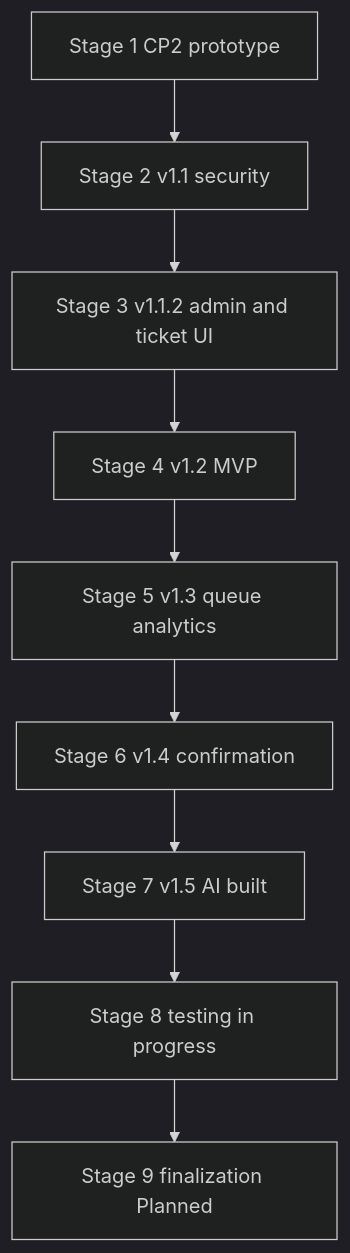
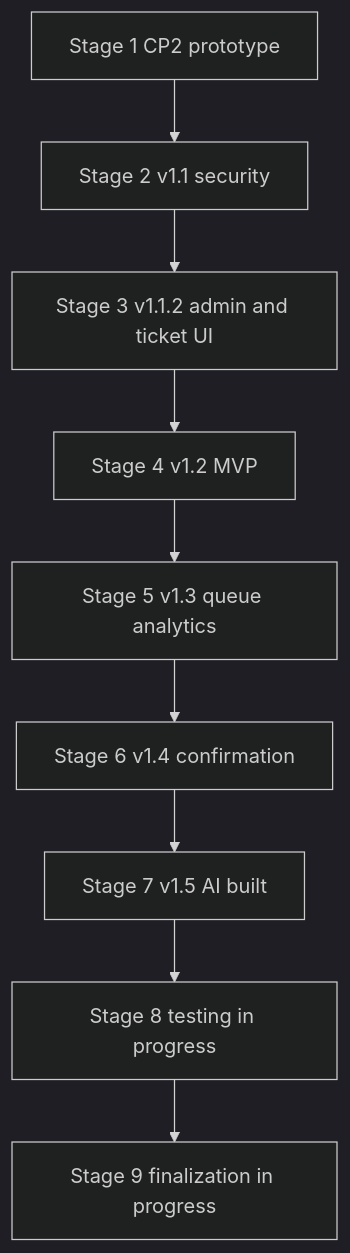
One commit to Acee98/ZPGC-Services-Capstone-2-Project changed the first of 24 diagrams in docs/BACKLOG.md. Above: the diagram before and after it, drawn with Mermaid (dark theme). The commit also changed other lines of this file and 97 other files, not shown here.

````diff
--- a/docs/BACKLOG.md
+++ b/docs/BACKLOG.md
@@ -131,14 +132,14 @@
 ```mermaid
 flowchart TD
   S1[Stage 1 CP2 prototype]
   S2[Stage 2 v1.1 security]
   S3[Stage 3 v1.1.2 admin and ticket UI]
   S4[Stage 4 v1.2 MVP]
   S5[Stage 5 v1.3 queue analytics]
   S6[Stage 6 v1.4 confirmation]
   S7[Stage 7 v1.5 AI built]
   S8[Stage 8 testing in progress]
-  S9[Stage 9 finalization Planned]
+  S9[Stage 9 finalization in progress]
   S1 --> S2 --> S3 --> S4 --> S5 --> S6
   S6 --> S7 --> S8 --> S9
 ```
````
